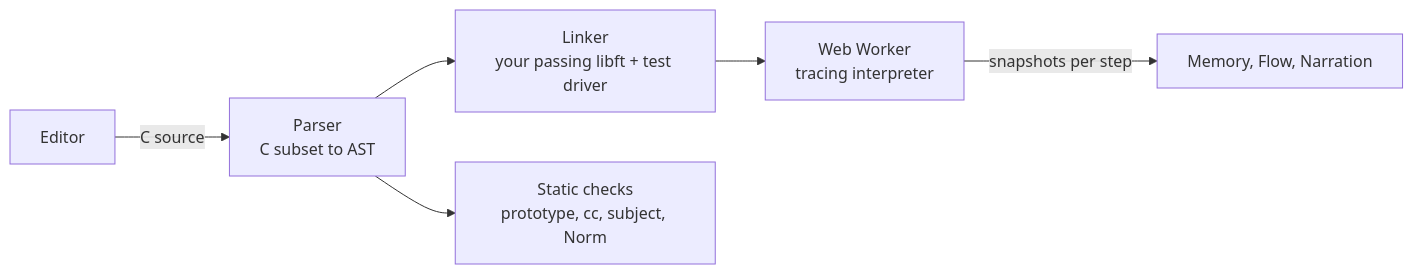
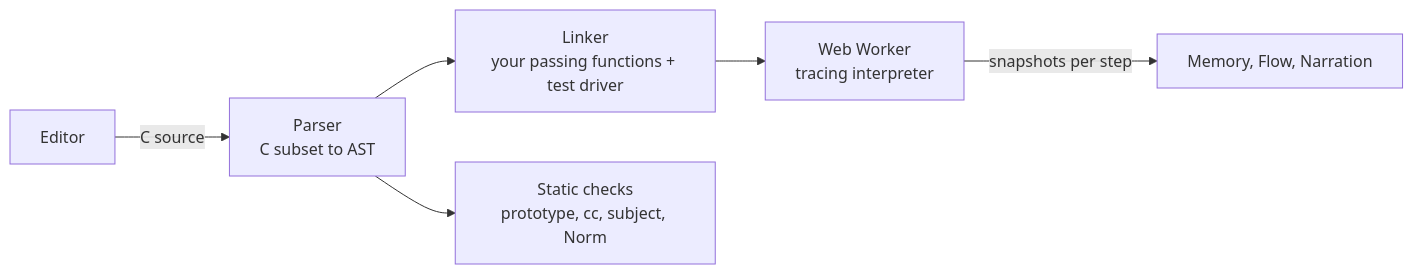
Before and after one commit to ADELBYTES/libft-lens: the diagram in README.md, drawn with Mermaid. The commit also changed other lines of this file and 9 other files, not shown here.

````diff
--- a/README.md
+++ b/README.md
@@ -65,8 +110,8 @@
 ```mermaid
 flowchart LR
   E[Editor] -->|C source| P[Parser<br/>C subset to AST]
-  P --> L[Linker<br/>your passing libft + test driver]
+  P --> L[Linker<br/>your passing functions + test driver]
   L --> W[Web Worker<br/>tracing interpreter]
   W -->|snapshots per step| V[Memory, Flow, Narration]
   P --> C[Static checks<br/>prototype, cc, subject, Norm]
 ```
````
